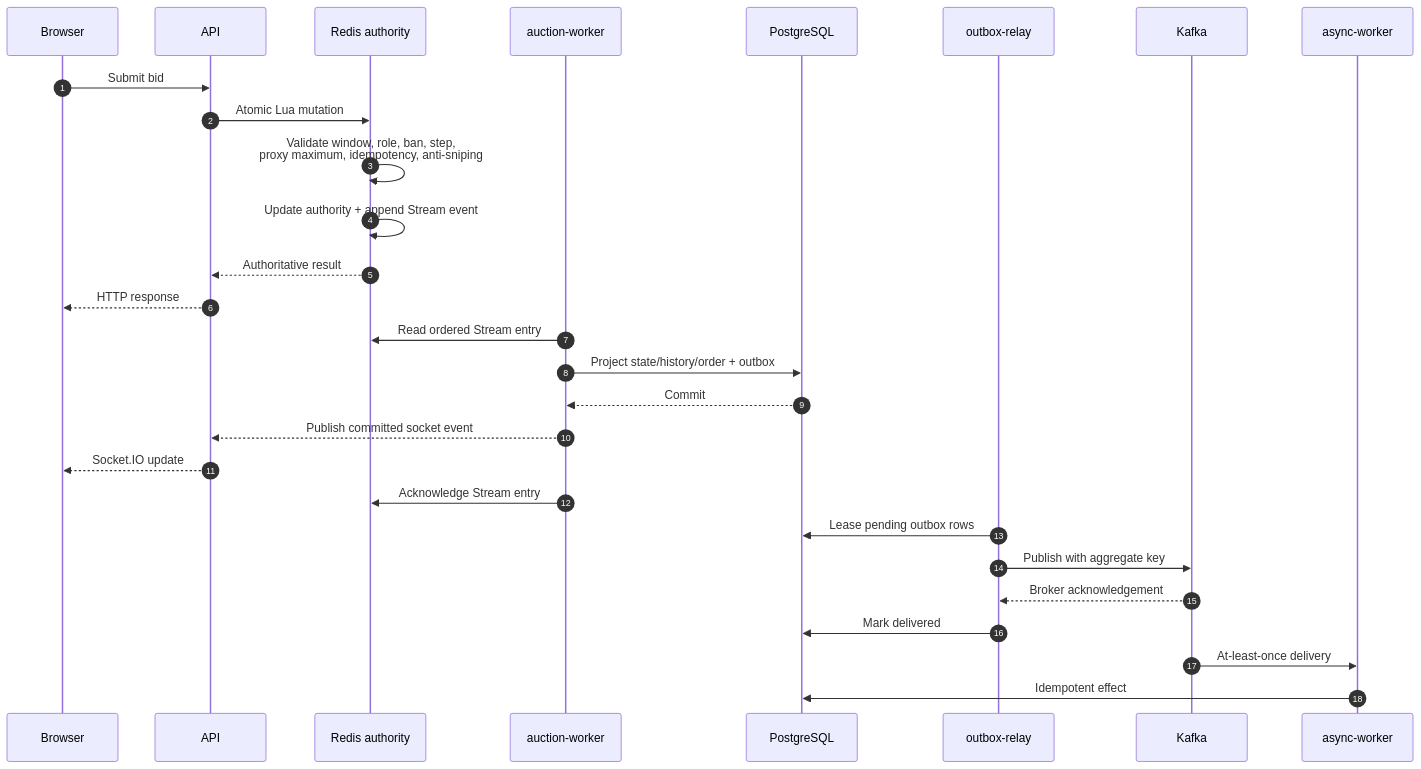
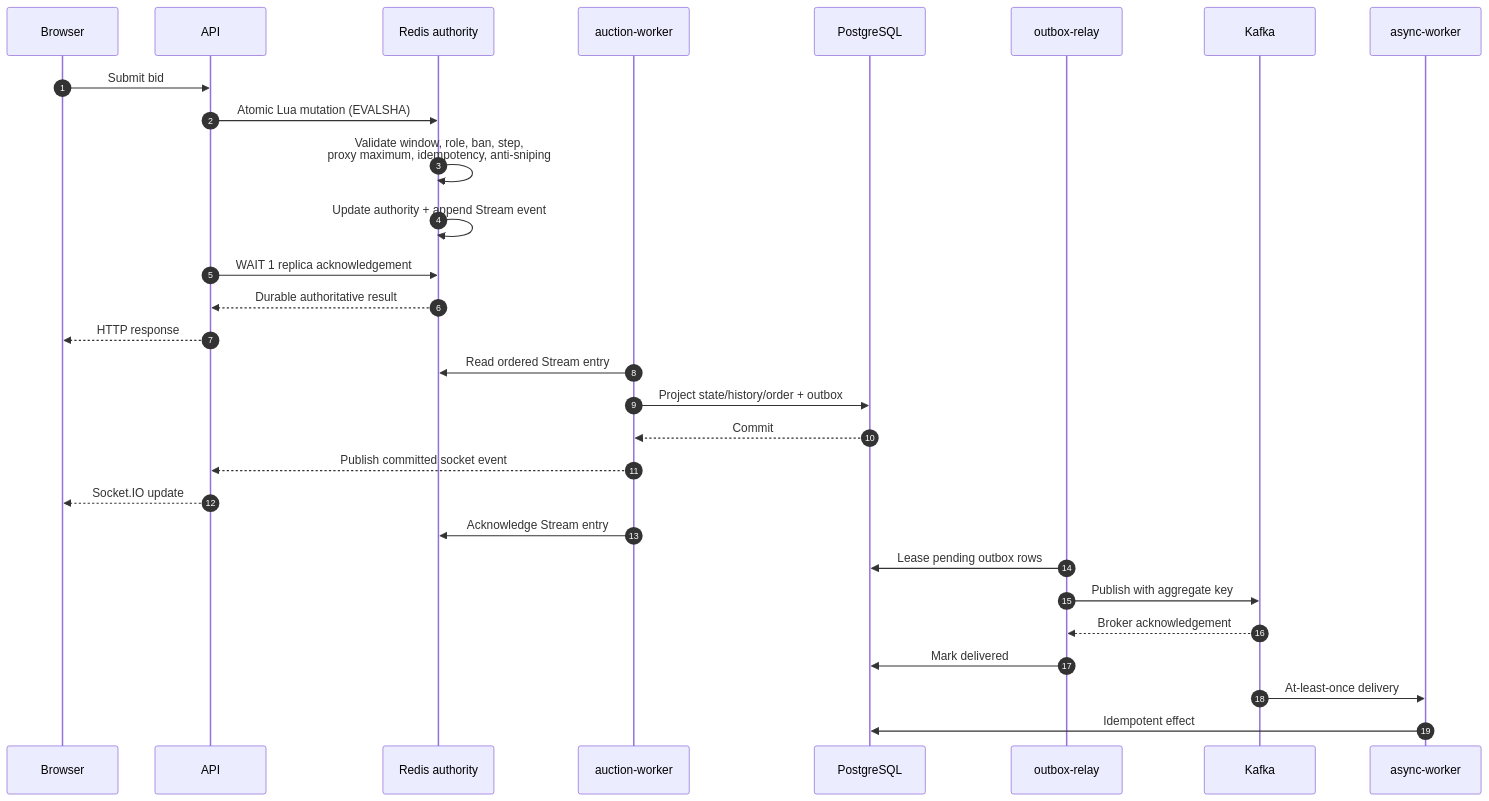
One commit to KidCute1412/miracle-auction-platform changed the second of 2 diagrams in README.md. Above: the diagram before and after it, drawn with Mermaid. The commit also changed other lines of this file and 3 other files, not shown here.

````diff
--- a/README.md
+++ b/README.md
@@ -44,31 +45,32 @@
 ```mermaid
 sequenceDiagram
     autonumber
     participant C as Browser
     participant A as API
     participant R as Redis authority
     participant W as auction-worker
     participant P as PostgreSQL
     participant O as outbox-relay
     participant K as Kafka
     participant X as async-worker
 
     C->>A: Submit bid
-    A->>R: Atomic Lua mutation
+    A->>R: Atomic Lua mutation (EVALSHA)
     R->>R: Validate window, role, ban, step,<br/>proxy maximum, idempotency, anti-sniping
     R->>R: Update authority + append Stream event
-    R-->>A: Authoritative result
+    A->>R: WAIT 1 replica acknowledgement
+    R-->>A: Durable authoritative result
     A-->>C: HTTP response
     W->>R: Read ordered Stream entry
     W->>P: Project state/history/order + outbox
     P-->>W: Commit
     W-->>A: Publish committed socket event
     A-->>C: Socket.IO update
     W->>R: Acknowledge Stream entry
     O->>P: Lease pending outbox rows
     O->>K: Publish with aggregate key
     K-->>O: Broker acknowledgement
     O->>P: Mark delivered
     K->>X: At-least-once delivery
     X->>P: Idempotent effect
 ```
````
